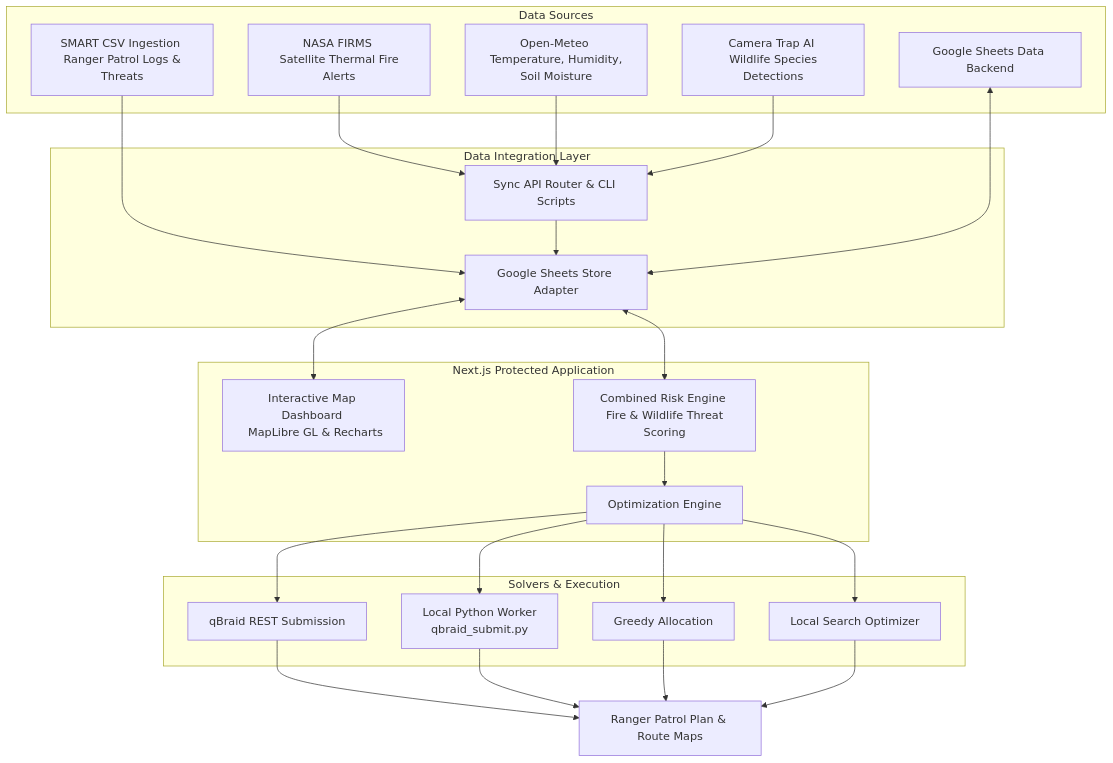
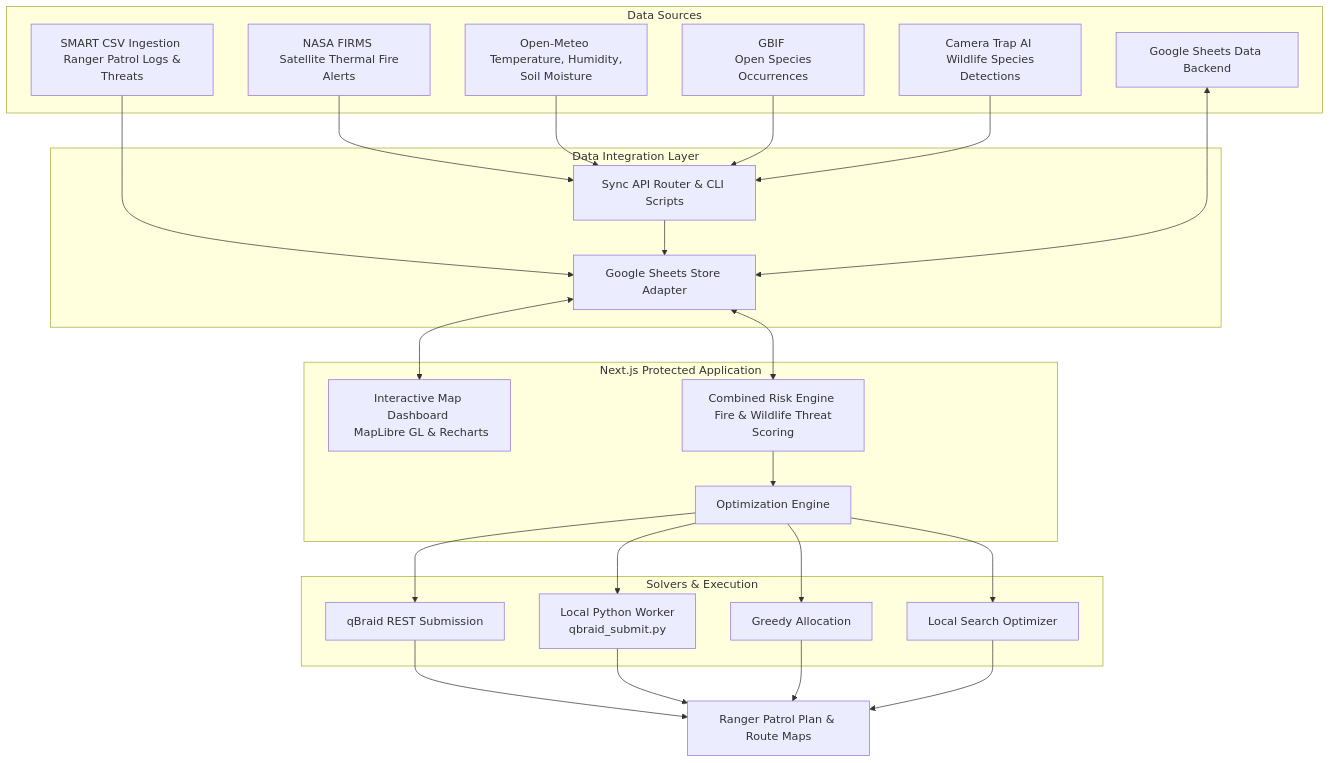
Before and after one commit to taechasith/RangerQ--QuantumAIDecisionLayer-for-KhaoYaaiNationalPark: the diagram in README.md, drawn with Mermaid. The commit also changed other lines of this file and 13 other files, not shown here.

Commit message:
Add GBIF open data sync

````diff
--- a/README.md
+++ b/README.md
@@ -11,50 +11,52 @@
 ```mermaid
 graph TD
     subgraph Data Sources
         FIRMS[NASA FIRMS <br/> Satellite Thermal Fire Alerts]
         Meteo[Open-Meteo <br/> Temperature, Humidity, Soil Moisture]
+        GBIF[GBIF <br/> Open Species Occurrences]
         SMART[SMART CSV Ingestion <br/> Ranger Patrol Logs & Threats]
         CamAI[Camera Trap AI <br/> Wildlife Species Detections]
         SheetDb[Google Sheets Data Backend]
     end
 
     subgraph Data Integration Layer
         Sync[Sync API Router & CLI Scripts]
         GStore[Google Sheets Store Adapter]
     end
 
     subgraph Next.js Protected Application
         Dashboard[Interactive Map Dashboard <br/> MapLibre GL & Recharts]
         RiskEng[Combined Risk Engine <br/> Fire & Wildlife Threat Scoring]
         OptEng[Optimization Engine]
     end
 
     subgraph Solvers & Execution
         Greedy[Greedy Allocation]
         Local[Local Search Optimizer]
         QbraidRest[qBraid REST Submission]
         QbraidLoc[Local Python Worker <br/> qbraid_submit.py]
     end
 
     %% Flow connections
     FIRMS --> Sync
     Meteo --> Sync
+    GBIF --> Sync
     SMART --> GStore
     CamAI --> Sync
     
     Sync --> GStore
     SheetDb <--> GStore
     GStore <--> Dashboard
     GStore <--> RiskEng
     
     RiskEng --> OptEng
     OptEng --> Greedy
     OptEng --> Local
     OptEng --> QbraidRest
     OptEng --> QbraidLoc
 
     QbraidRest --> Done[Ranger Patrol Plan & Route Maps]
     QbraidLoc --> Done
     Greedy --> Done
     Local --> Done
 ```
````
